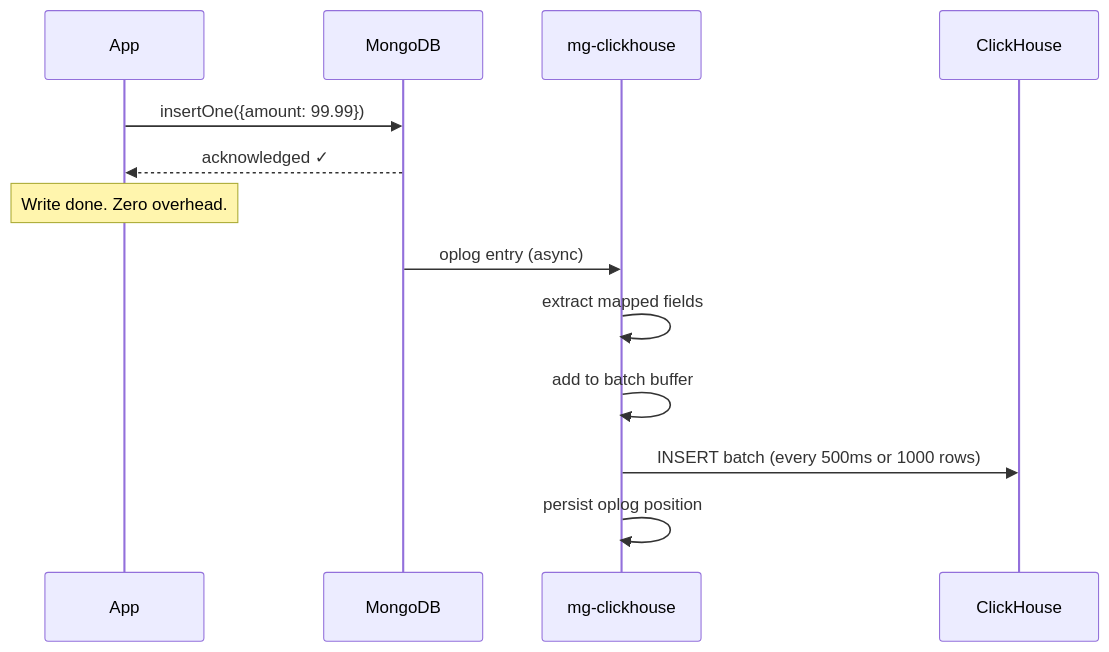
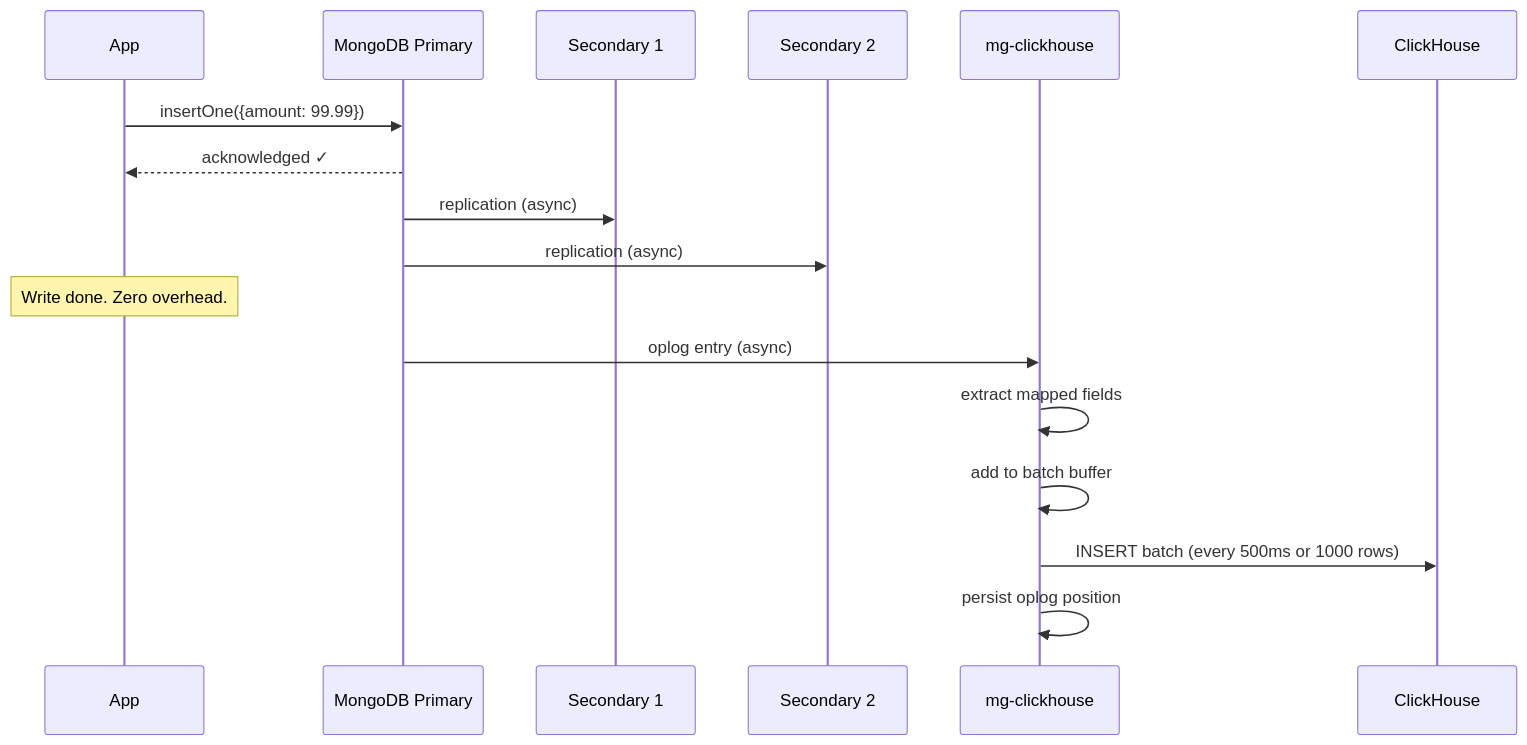
One commit to mrityunjaysharma/mongo-flux changed the second of 7 diagrams in docs/article.md. Above: the diagram before and after it, drawn with Mermaid. The commit also changed other lines of this file and 5 other files, not shown here.

Commit message:
modify architecture

````diff
--- a/docs/article.md
+++ b/docs/article.md
@@ -49,17 +55,21 @@
 ```mermaid
 sequenceDiagram
     participant App
-    participant MongoDB
-    participant mg-clickhouse
-    participant ClickHouse
+    participant Primary as MongoDB Primary
+    participant S1 as Secondary 1
+    participant S2 as Secondary 2
+    participant mgch as mg-clickhouse
+    participant CH as ClickHouse
 
-    App->>MongoDB: insertOne({amount: 99.99})
-    MongoDB-->>App: acknowledged ✓
+    App->>Primary: insertOne({amount: 99.99})
+    Primary-->>App: acknowledged ✓
+    Primary->>S1: replication (async)
+    Primary->>S2: replication (async)
     Note over App: Write done. Zero overhead.
 
-    MongoDB->>mg-clickhouse: oplog entry (async)
-    mg-clickhouse->>mg-clickhouse: extract mapped fields
-    mg-clickhouse->>mg-clickhouse: add to batch buffer
-    mg-clickhouse->>ClickHouse: INSERT batch (every 500ms or 1000 rows)
-    mg-clickhouse->>mg-clickhouse: persist oplog position
+    Primary->>mgch: oplog entry (async)
+    mgch->>mgch: extract mapped fields
+    mgch->>mgch: add to batch buffer
+    mgch->>CH: INSERT batch (every 500ms or 1000 rows)
+    mgch->>mgch: persist oplog position
 ```
````
